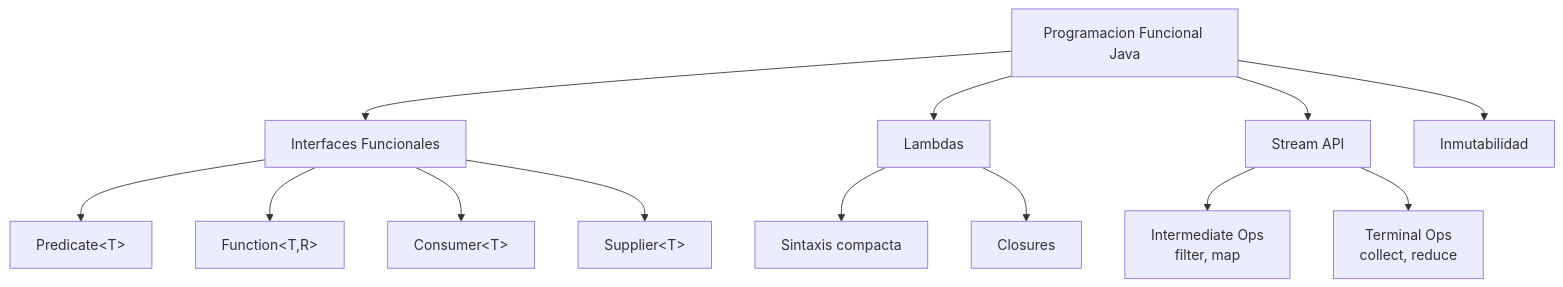
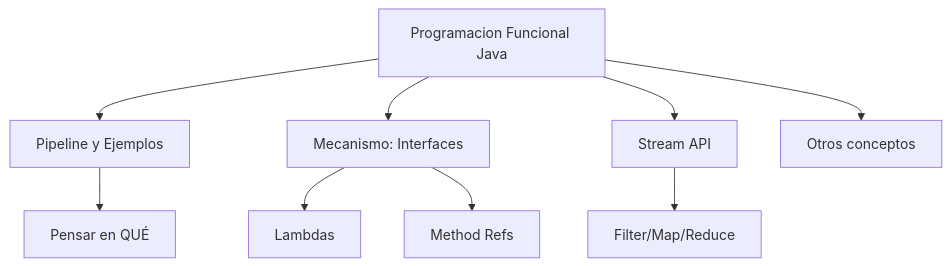
One commit to jssdocente/pg2526d changed the first of 2 diagrams in docs/temas/08/99-anexo_programacion-funcional.md. Above: the diagram before and after it, drawn with Mermaid. The commit also changed other lines of this file, not shown here.

Commit message:
Tema 8. update prog.funcional

````diff
--- a/docs/temas/08/99-anexo_programacion-funcional.md
+++ b/docs/temas/08/99-anexo_programacion-funcional.md
@@ -12,18 +28,12 @@
 ```mermaid
 graph TD
-    A[Programacion Funcional Java] --> B[Interfaces Funcionales]
-    A --> C[Lambdas]
+    A[Programacion Funcional Java] --> B[Pipeline y Ejemplos]
+    A --> C[Mecanismo: Interfaces]
     A --> D[Stream API]
-    A --> E[Inmutabilidad]
+    A --> E[Otros conceptos]
     
-    B --> B1[Predicate&lt;T&gt;]
-    B --> B2[Function&lt;T,R&gt;]
-    B --> B3[Consumer&lt;T&gt;]
-    B --> B4[Supplier&lt;T&gt;]
-    
-    C --> C1[Sintaxis compacta]
-    C --> C2[Closures]
-    
-    D --> D1[Intermediate Ops<br/>filter, map]
-    D --> D2[Terminal Ops<br/>collect, reduce]
+    B --> B1[Pensar en QUÉ]
+    C --> C1[Lambdas]
+    C --> C2[Method Refs]
+    D --> D1[Filter/Map/Reduce]
 ```
````
